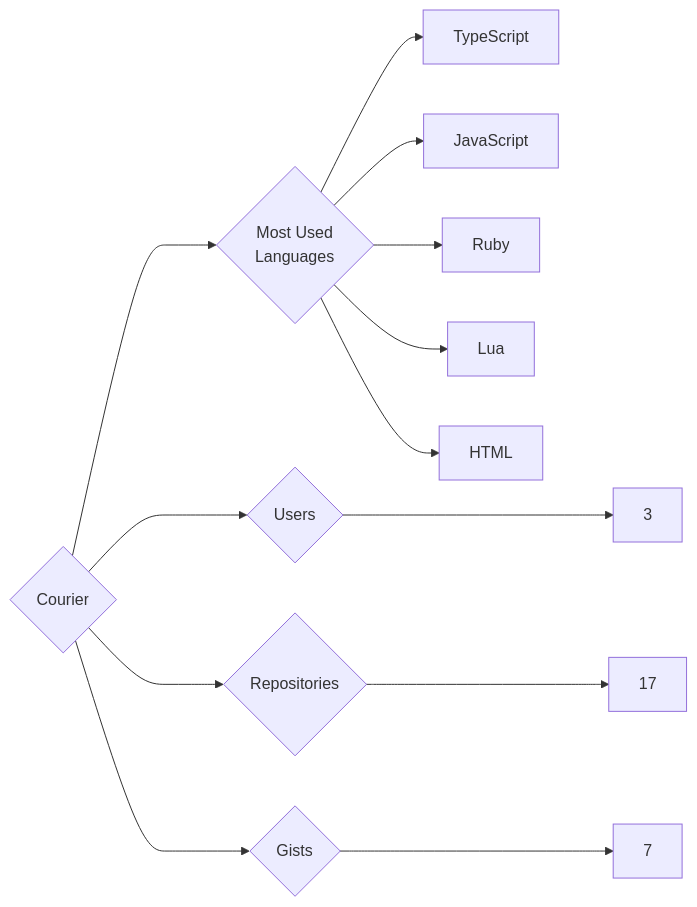
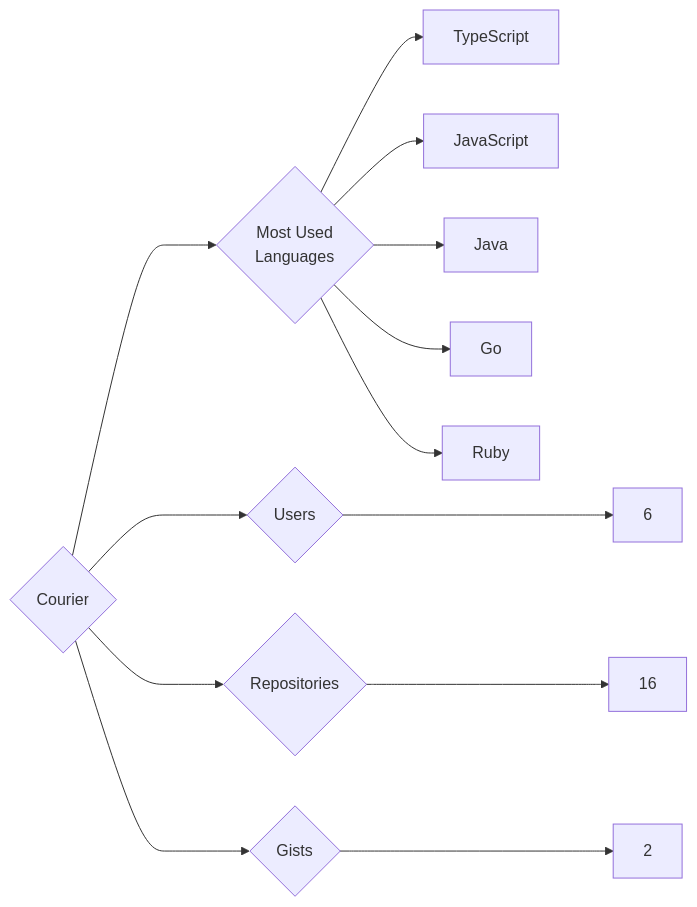
Before and after one commit to trickest/insiders: the diagram in targets/Courier/README.md, drawn with Mermaid. The commit also changed 1314 other files, not shown here.

````diff
--- a/targets/Courier/README.md
+++ b/targets/Courier/README.md
@@ -3,13 +3,13 @@
 ```mermaid
 graph LR
 COMPANY_NAME{Courier}
-COMPANY_NAME ---> U{Users} ---> UN[3]
-COMPANY_NAME ---> R{Repositories} ---> RN[17]
-COMPANY_NAME ---> G{Gists} ---> GN[7]
+COMPANY_NAME ---> U{Users} ---> UN[6]
+COMPANY_NAME ---> R{Repositories} ---> RN[16]
+COMPANY_NAME ---> G{Gists} ---> GN[2]
 COMPANY_NAME ---> ML{Most Used<br>Languages}
 ML --> TypeScript[TypeScript]
 ML --> JavaScript[JavaScript]
+ML --> Java[Java]
+ML --> Go[Go]
 ML --> Ruby[Ruby]
-ML --> Lua[Lua]
-ML --> HTML[HTML]
 ```
````
